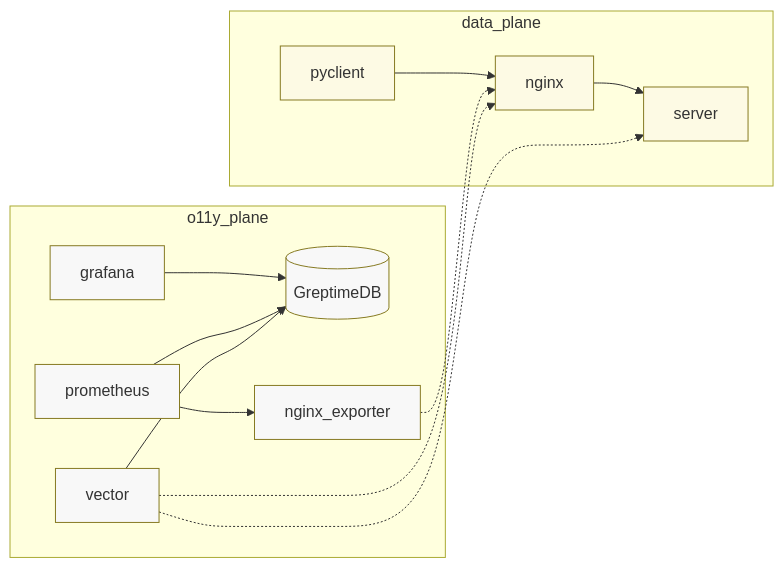
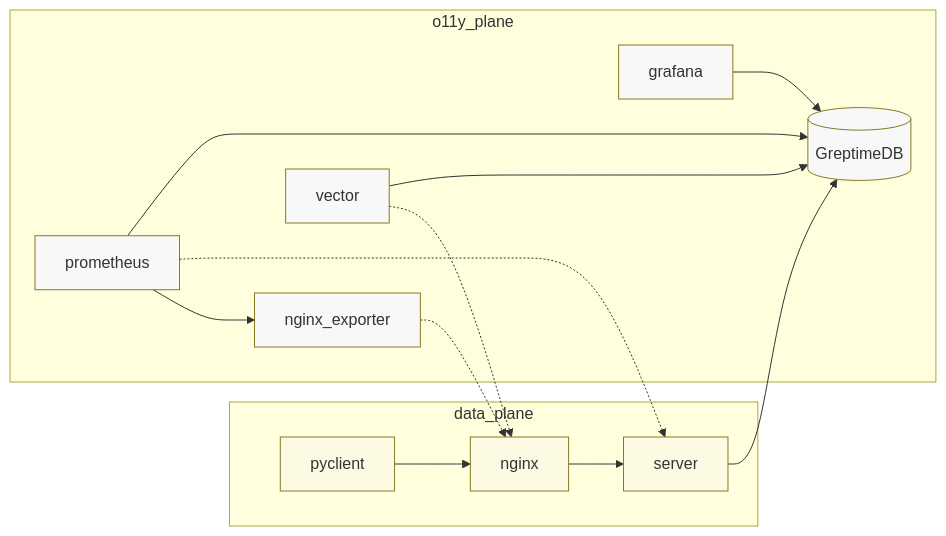
Before and after one commit to GreptimeTeam/demo-scene: the diagram in nginx-log-metrics/README.md, drawn with Mermaid. The commit also changed other lines of this file and 1 other file, not shown here.

````diff
--- a/nginx-log-metrics/README.md
+++ b/nginx-log-metrics/README.md
@@ -65,24 +68,25 @@
 ```mermaid
 flowchart LR
   greptimedb[(GreptimeDB)]
 
   subgraph data_plane
   pyclient --> nginx
   nginx --> server
   end
 
   subgraph o11y_plane
   grafana --> greptimedb
   nginx_exporter -.-> nginx
   prometheus --> nginx_exporter
+  prometheus -.-> server
   prometheus --> greptimedb
   vector -.-> nginx
-  vector -.-> server
   vector --> greptimedb
+  server --> greptimedb
   end
 
   classDef dataplane fill:#fdfae4,stroke:#867a22
   class nginx,pyclient,server dataplane
   classDef o11yplane fill:#f8f8f8,stroke:#867a22
   class greptimedb,grafana,nginx_exporter,prometheus,vector o11yplane
 ```
````
